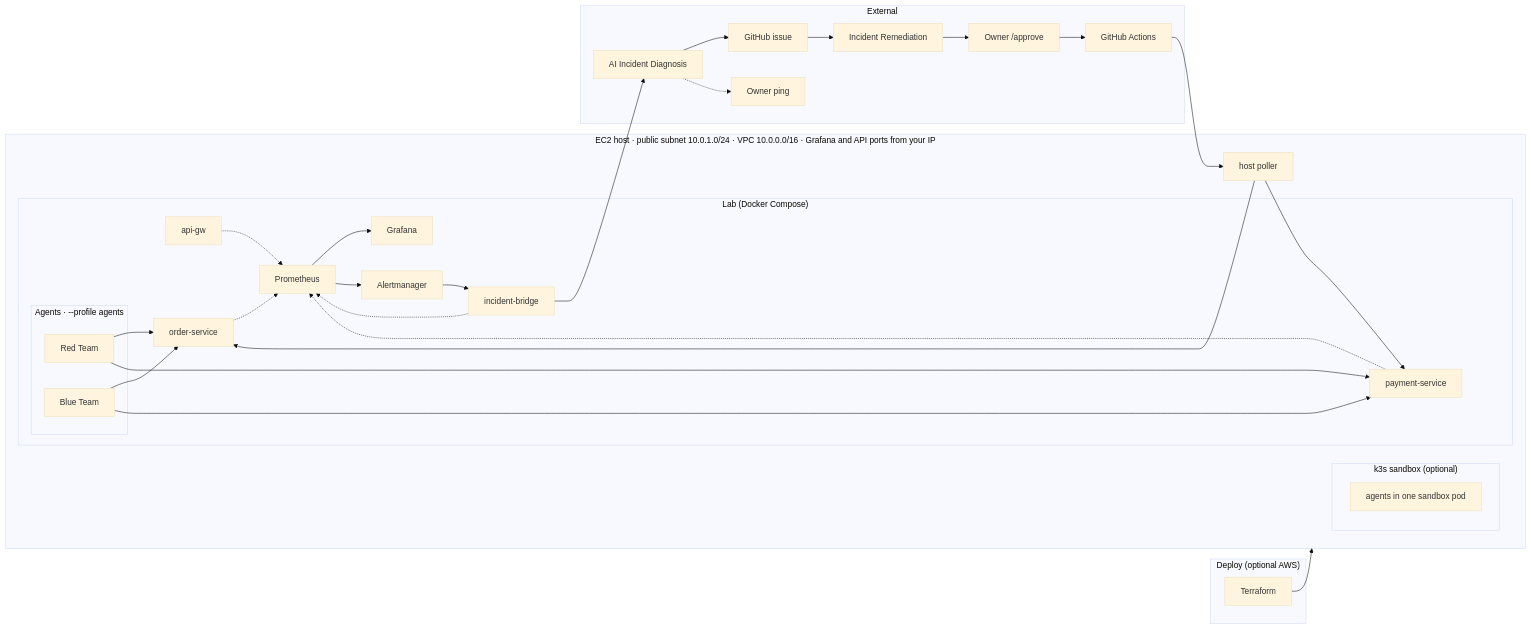
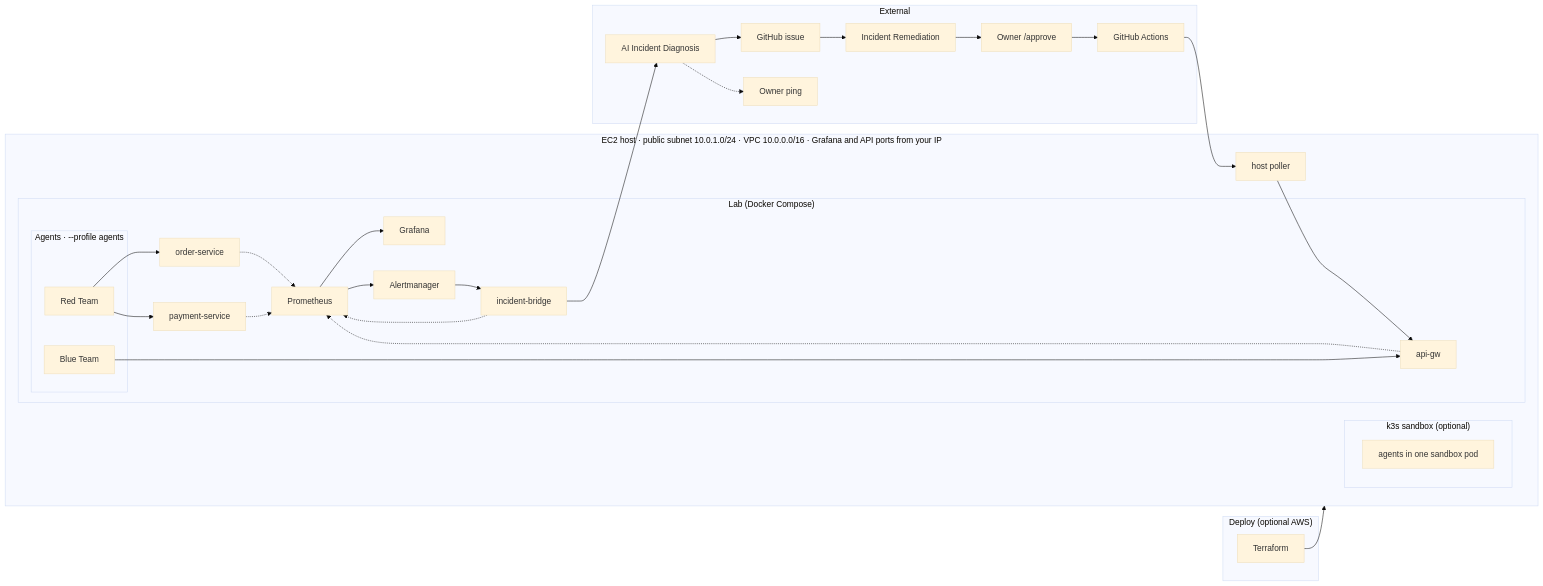
One commit to ritvikindupuri/ResilienceOps changed the diagram in docs/architecture.mmd. Above: the diagram before and after it, drawn with Mermaid. The commit also changed 16 other files, not shown here.

First line of the commit message:
Fix rollback tagging, .env loading, and figure numbering.

```diff
--- a/docs/architecture.mmd
+++ b/docs/architecture.mmd
@@ -1,54 +1,52 @@
 %%{init: { "theme": "base", "flowchart": { "curve": "basis" } }}%%
 flowchart LR
   TF["Terraform"]
   subgraph aws ["Deploy (optional AWS)"]
     TF
   end
   subgraph host ["EC2 host · public subnet 10.0.1.0/24 · VPC 10.0.0.0/16 · Grafana and API ports from your IP"]
     subgraph compose ["Lab (Docker Compose)"]
       subgraph agents ["Agents · --profile agents"]
         RED[Red Team]
         BLUE[Blue Team]
       end
       GW[api-gw]
       OS[order-service]
       PS[payment-service]
       PROM[Prometheus]
       GRAF[Grafana]
       AM[Alertmanager]
       BR["incident-bridge"]
       GW -.-> PROM
       OS -.-> PROM
       PS -.-> PROM
       PROM --> GRAF
       PROM --> AM
       AM --> BR
       BR -.-> PROM
     end
     subgraph k3sopt ["k3s sandbox (optional)"]
       K3S["agents in one sandbox pod"]
     end
     POLL["host poller"]
   end
   subgraph ext ["External"]
     BOT["AI Incident Diagnosis"]
     GH["GitHub issue"]
     PING["Owner ping"]
     REM["Incident Remediation"]
     OWN["Owner /approve"]
     ACT["GitHub Actions"]
     BOT --> GH
     BOT -.-> PING
     GH --> REM
     REM --> OWN
     OWN --> ACT
   end
   TF --> host
   RED --> OS
   RED --> PS
-  BLUE --> OS
-  BLUE --> PS
+  BLUE --> GW
   BR --> BOT
   ACT --> POLL
-  POLL --> OS
-  POLL --> PS
+  POLL --> GW
```
